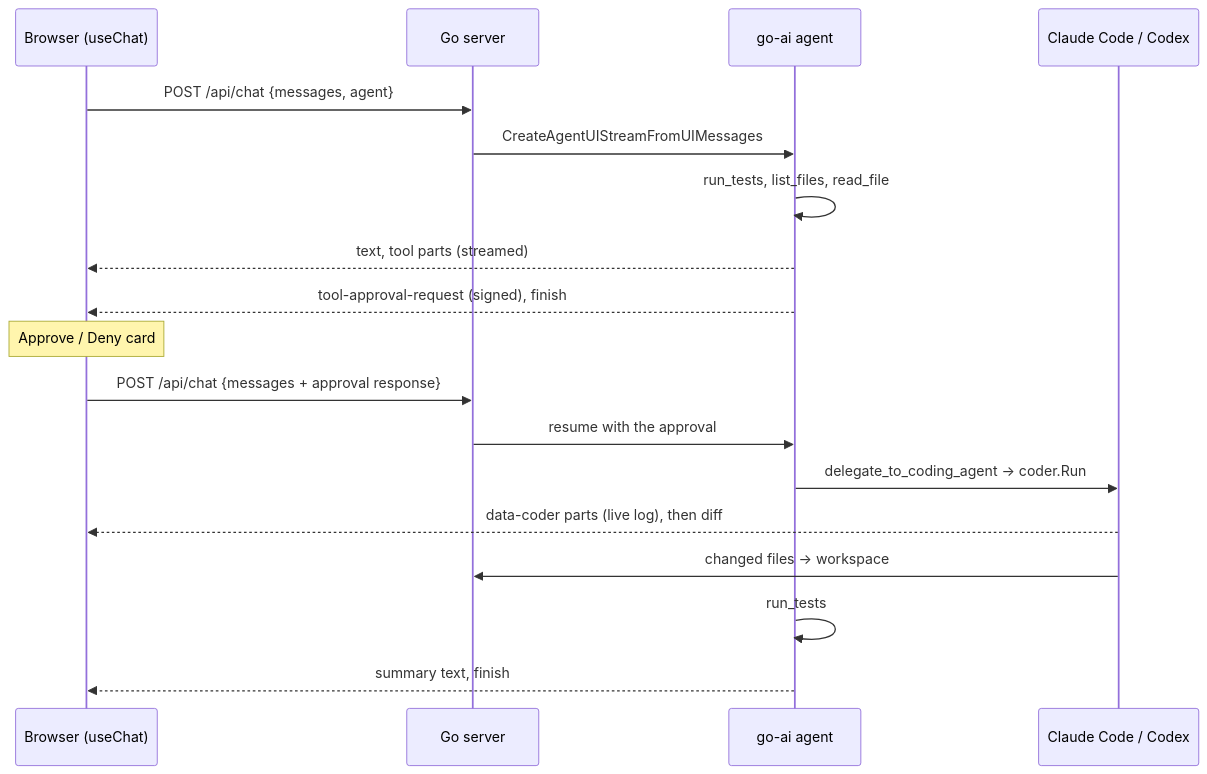
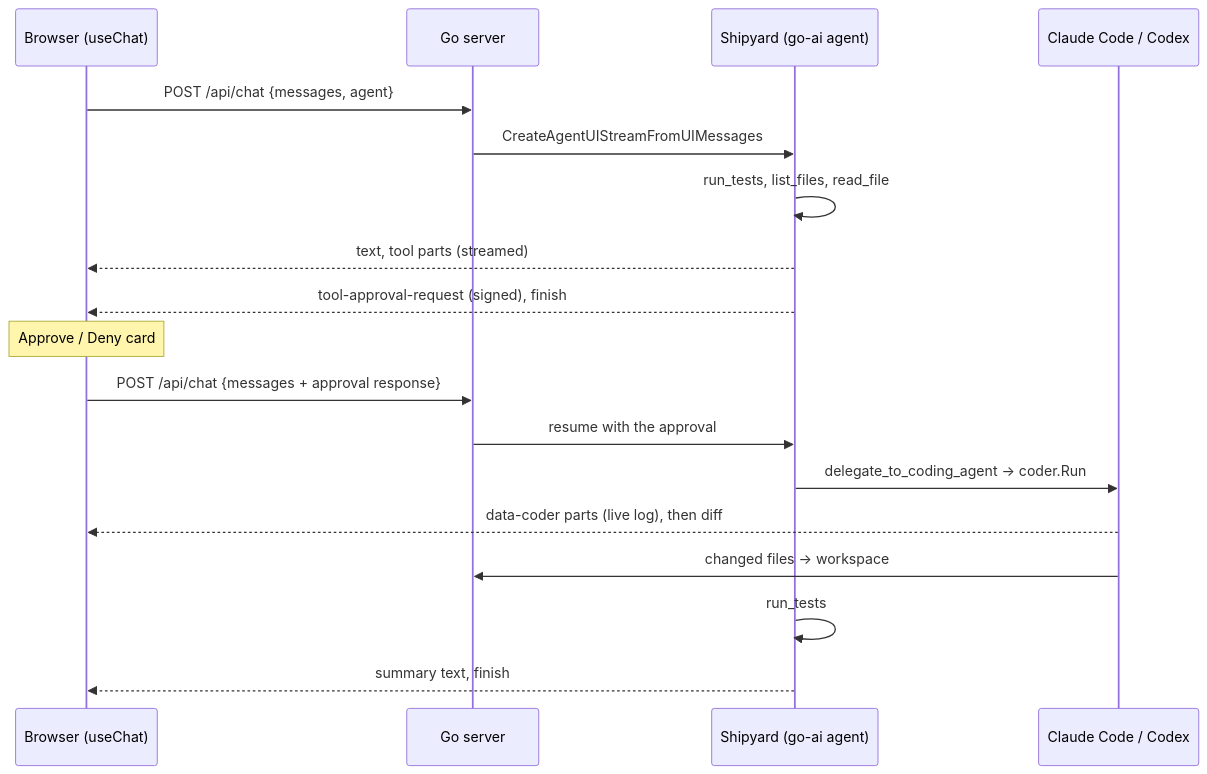
One commit to digitallysavvy/go-ai-shipyard changed the diagram in docs/architecture.md. Above: the diagram before and after it, drawn with Mermaid. The commit also changed other lines of this file and 16 other files, not shown here.

````diff
--- a/docs/architecture.md
+++ b/docs/architecture.md
@@ -18,20 +5,20 @@
 ```mermaid
 sequenceDiagram
     participant B as Browser (useChat)
     participant S as Go server
-    participant A as go-ai agent
+    participant A as Shipyard (go-ai agent)
     participant C as Claude Code / Codex
     B->>S: POST /api/chat {messages, agent}
     S->>A: CreateAgentUIStreamFromUIMessages
     A->>A: run_tests, list_files, read_file
     A-->>B: text, tool parts (streamed)
     A-->>B: tool-approval-request (signed), finish
     Note over B: Approve / Deny card
     B->>S: POST /api/chat {messages + approval response}
     S->>A: resume with the approval
     A->>C: delegate_to_coding_agent → coder.Run
     C-->>B: data-coder parts (live log), then diff
     C->>S: changed files → workspace
     A->>A: run_tests
     A-->>B: summary text, finish
 ```
````
